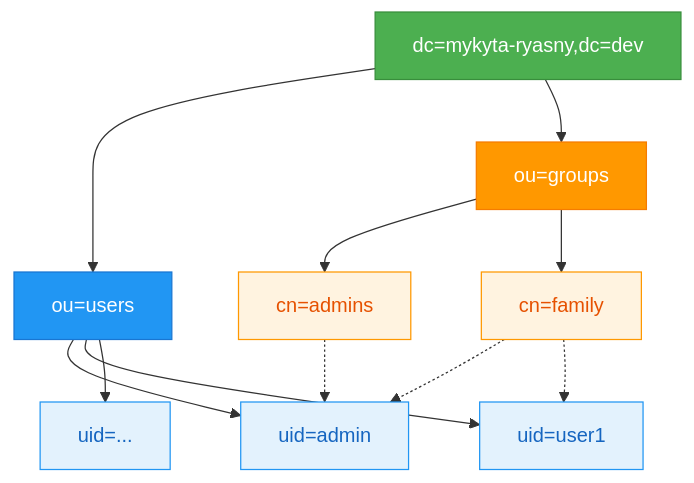
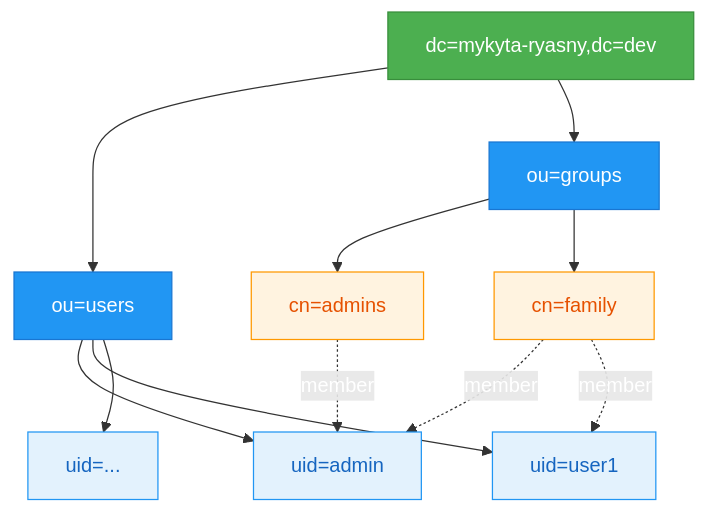
One commit to Mykyta-Home-Server/homeserver changed the second of 4 diagrams in docs-site/src/content/docs/guides/ldap.mdx. Above: the diagram before and after it, drawn with Mermaid. The commit also changed other lines of this file and 2 other files, not shown here.

First line of the commit message:
Redesign all Mermaid diagrams: square layouts with compact labels

````diff
--- a/docs-site/src/content/docs/guides/ldap.mdx
+++ b/docs-site/src/content/docs/guides/ldap.mdx
@@ -71,30 +64,35 @@
 ```mermaid
 flowchart TB
     Root[dc=mykyta-ryasny,dc=dev]
+    Users[ou=users]
+    Groups[ou=groups]
 
-    Root --> Users[ou=users]
-    Root --> Groups[ou=groups]
+    Admin[uid=admin]
+    User1[uid=user1]
+    UserN[uid=...]
 
-    Users --> Admin[uid=admin]
-    Users --> User1[uid=user1]
-    Users --> UserN[uid=...]
+    Admins[cn=admins]
+    Family[cn=family]
 
-    Groups --> Admins[cn=admins]
-    Groups --> Family[cn=family]
+    Root --> Users
+    Root --> Groups
+    Users --> Admin
+    Users --> User1
+    Users --> UserN
+    Groups --> Admins
+    Groups --> Family
 
-    Admins -.-> Admin
-    Family -.-> Admin
-    Family -.-> User1
+    Admins -.->|member| Admin
+    Family -.->|member| Admin
+    Family -.->|member| User1
 
     classDef root fill:#4caf50,stroke:#388e3c,color:#fff
-    classDef users fill:#2196f3,stroke:#1976d2,color:#fff
-    classDef groups fill:#ff9800,stroke:#f57c00,color:#fff
+    classDef ou fill:#2196f3,stroke:#1976d2,color:#fff
     classDef user fill:#e3f2fd,stroke:#2196f3,color:#1565c0
     classDef group fill:#fff3e0,stroke:#ff9800,color:#e65100
 
     class Root root
-    class Users users
-    class Groups groups
+    class Users,Groups ou
     class Admin,User1,UserN user
     class Admins,Family group
 ```
````
